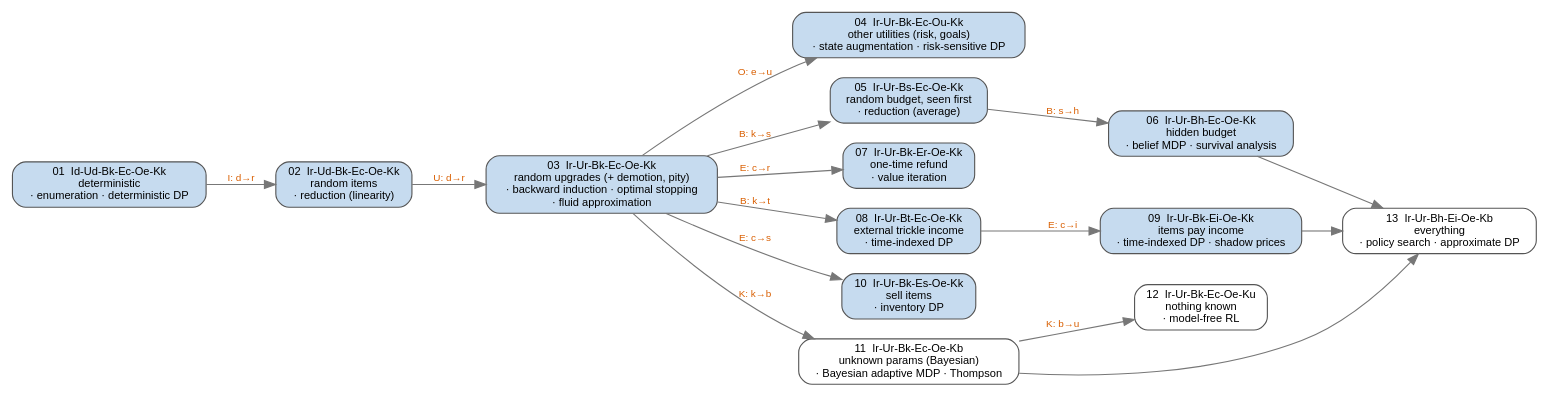
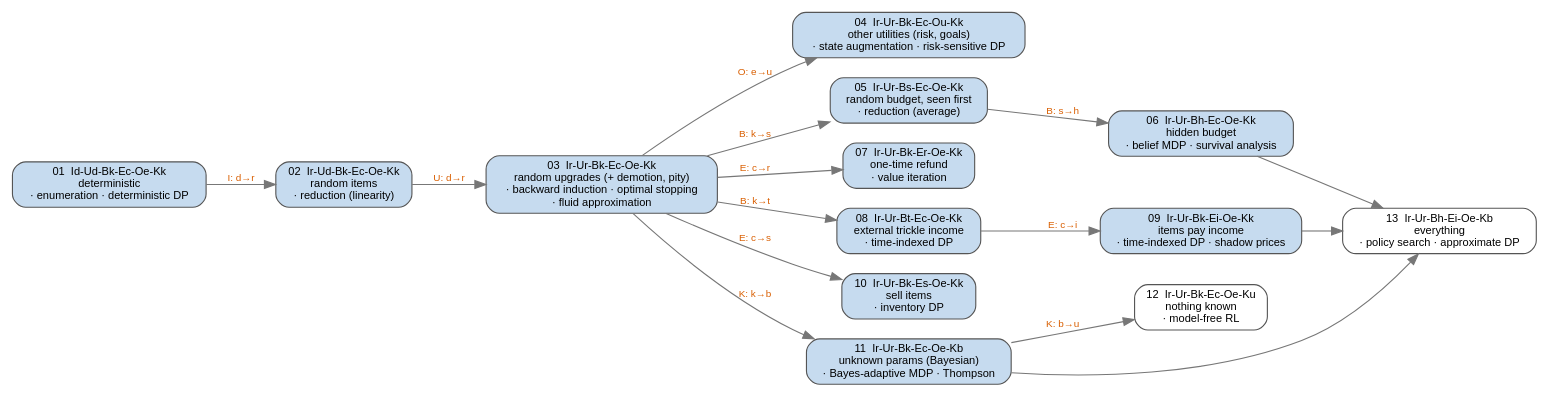
The diagram in probability/sequential_decision_making_under_uncertainty/figures/ladder_map.dot (ssarkar2/notes), drawn with Graphviz before and after one commit. The commit also changed 9 other files, not shown here.

First line of the commit message:
Add problem 11 (odds unknown, Beta prior): Bayes-adaptive MDP on (b, L, f), Thompson sampling

```diff
--- a/probability/sequential_decision_making_under_uncertainty/figures/ladder_map.dot
+++ b/probability/sequential_decision_making_under_uncertainty/figures/ladder_map.dot
@@ -1,36 +1,36 @@
 // Ladder of problems: each edge = one axis loosened. Filled = built, white = planned.
 // Build: ./build.sh
 digraph ladder {
   rankdir=LR;
   graph [fontname="Helvetica", fontsize=11, nodesep=0.25, ranksep=0.5, bgcolor="white"];
   node  [shape=box, style="rounded,filled", fontname="Helvetica", fontsize=10, fillcolor="white", color="#555555"];
   edge  [fontname="Helvetica", fontsize=9, color="#777777", fontcolor="#d95f02"];
 
   // fillcolor "#c6dbef" = built
   p01 [label="01  Id-Ud-Bk-Ec-Oe-Kk\ndeterministic\n· enumeration · deterministic DP", fillcolor="#c6dbef"];
   p02 [label="02  Ir-Ud-Bk-Ec-Oe-Kk\nrandom items\n· reduction (linearity)", fillcolor="#c6dbef"];
   p03 [label="03  Ir-Ur-Bk-Ec-Oe-Kk\nrandom upgrades (+ demotion, pity)\n· backward induction · optimal stopping\n· fluid approximation", fillcolor="#c6dbef"];
   p04 [label="04  Ir-Ur-Bk-Ec-Ou-Kk\nother utilities (risk, goals)\n· state augmentation · risk-sensitive DP", fillcolor="#c6dbef"];
   p05 [label="05  Ir-Ur-Bs-Ec-Oe-Kk\nrandom budget, seen first\n· reduction (average)", fillcolor="#c6dbef"];
   p06 [label="06  Ir-Ur-Bh-Ec-Oe-Kk\nhidden budget\n· belief MDP · survival analysis", fillcolor="#c6dbef"];
   p07 [label="07  Ir-Ur-Bk-Er-Oe-Kk\none-time refund\n· value iteration", fillcolor="#c6dbef"];
   p08 [label="08  Ir-Ur-Bt-Ec-Oe-Kk\nexternal trickle income\n· time-indexed DP", fillcolor="#c6dbef"];
   p09 [label="09  Ir-Ur-Bk-Ei-Oe-Kk\nitems pay income\n· time-indexed DP · shadow prices", fillcolor="#c6dbef"];
   p10 [label="10  Ir-Ur-Bk-Es-Oe-Kk\nsell items\n· inventory DP", fillcolor="#c6dbef"];
-  p11 [label="11  Ir-Ur-Bk-Ec-Oe-Kb\nunknown params (Bayesian)\n· Bayesian adaptive MDP · Thompson"];
+  p11 [label="11  Ir-Ur-Bk-Ec-Oe-Kb\nunknown params (Bayesian)\n· Bayes-adaptive MDP · Thompson", fillcolor="#c6dbef"];
   p12 [label="12  Ir-Ur-Bk-Ec-Oe-Ku\nnothing known\n· model-free RL"];
   p13 [label="13  Ir-Ur-Bh-Ei-Oe-Kb\neverything\n· policy search · approximate DP"];
 
   p01 -> p02 [label="I: d→r"];
   p02 -> p03 [label="U: d→r"];
   p03 -> p04 [label="O: e→u"];
   p03 -> p05 [label="B: k→s"];
   p05 -> p06 [label="B: s→h"];
   p03 -> p07 [label="E: c→r"];
   p03 -> p08 [label="B: k→t"];
   p08 -> p09 [label="E: c→i"];
   p03 -> p10 [label="E: c→s"];
   p03 -> p11 [label="K: k→b"];
   p11 -> p12 [label="K: b→u"];
   p06 -> p13; p09 -> p13; p11 -> p13;
 }
```
